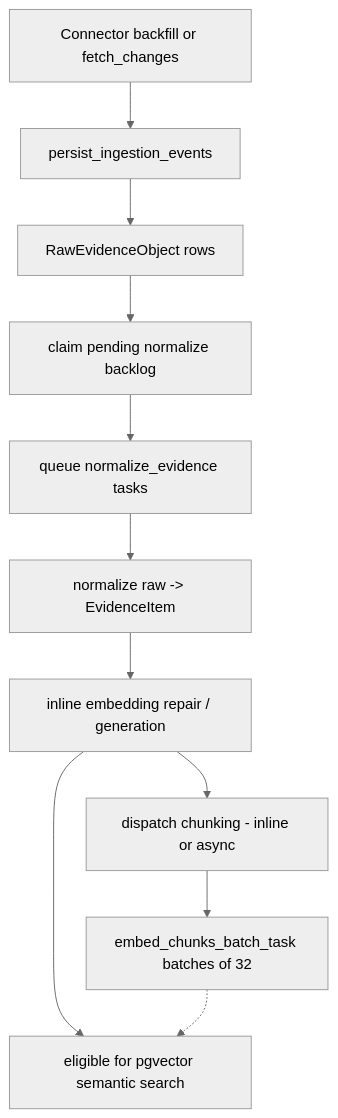
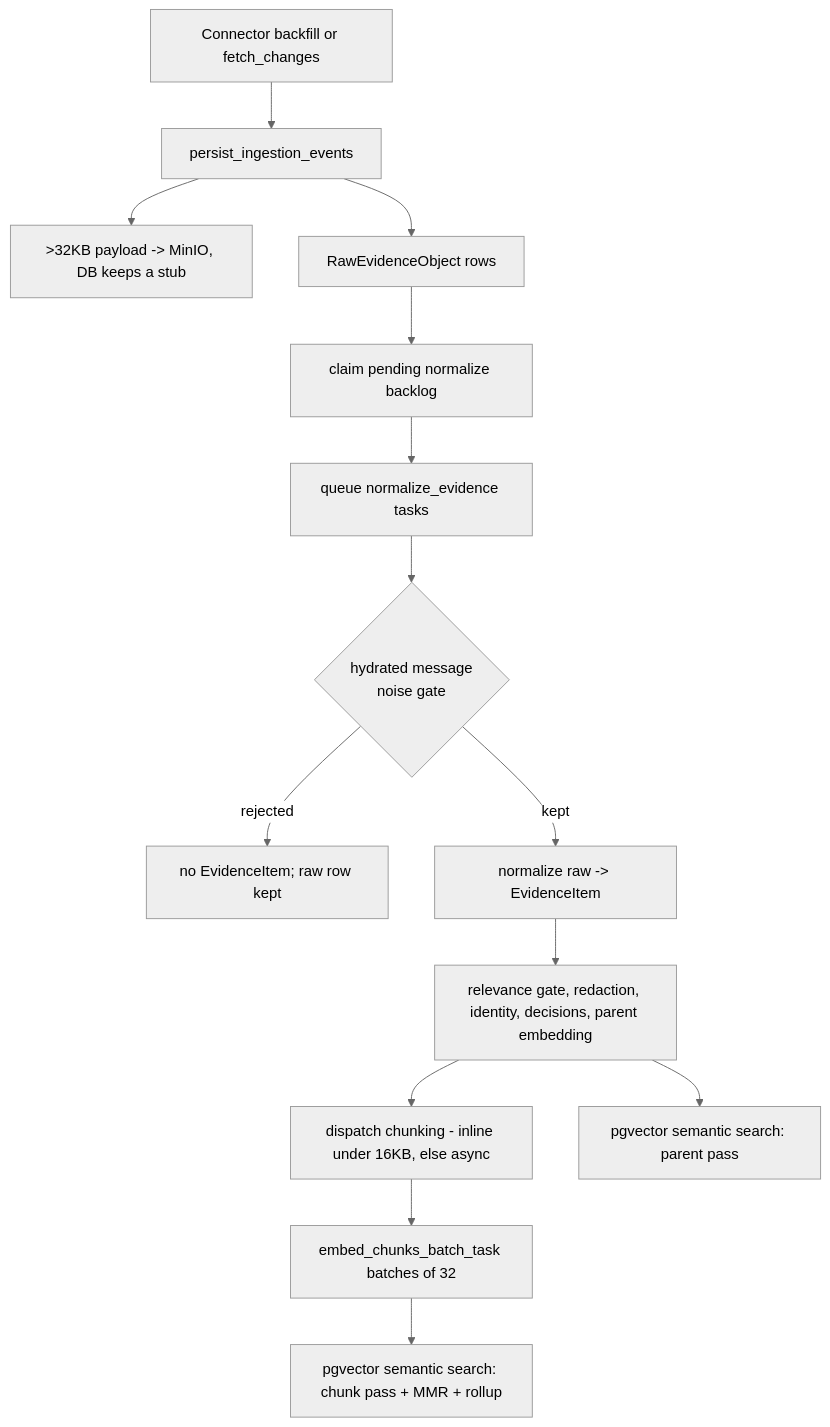
One commit to Valuedx/ContextEdge changed the third of 3 diagrams in docs/TECHNICAL_BLUEPRINT.md. Above: the diagram before and after it, drawn with Mermaid (neutral theme). The commit also changed other lines of this file and 48 other files, not shown here.

````diff
--- a/docs/TECHNICAL_BLUEPRINT.md
+++ b/docs/TECHNICAL_BLUEPRINT.md
@@ -145,13 +161,16 @@
 ```mermaid
 flowchart TD
   A[Connector backfill or fetch_changes] --> B[persist_ingestion_events]
+  B --> OFF[">32KB payload -> MinIO, DB keeps a stub"]
   B --> C[RawEvidenceObject rows]
   C --> D[claim pending normalize backlog]
   D --> E[queue normalize_evidence tasks]
-  E --> F[normalize raw -> EvidenceItem]
-  F --> G[inline embedding repair / generation]
-  G --> CH[dispatch chunking - inline or async]
+  E --> NG{hydrated message<br/>noise gate}
+  NG -->|rejected| DROP[no EvidenceItem; raw row kept]
+  NG -->|kept| F[normalize raw -> EvidenceItem]
+  F --> G[relevance gate, redaction, identity, decisions, parent embedding]
+  G --> CH[dispatch chunking - inline under 16KB, else async]
   CH --> CHE[embed_chunks_batch_task batches of 32]
-  G --> H[eligible for pgvector semantic search]
-  CHE -.-> H
+  G --> H[pgvector semantic search: parent pass]
+  CHE --> H2[pgvector semantic search: chunk pass + MMR + rollup]
 ```
````
